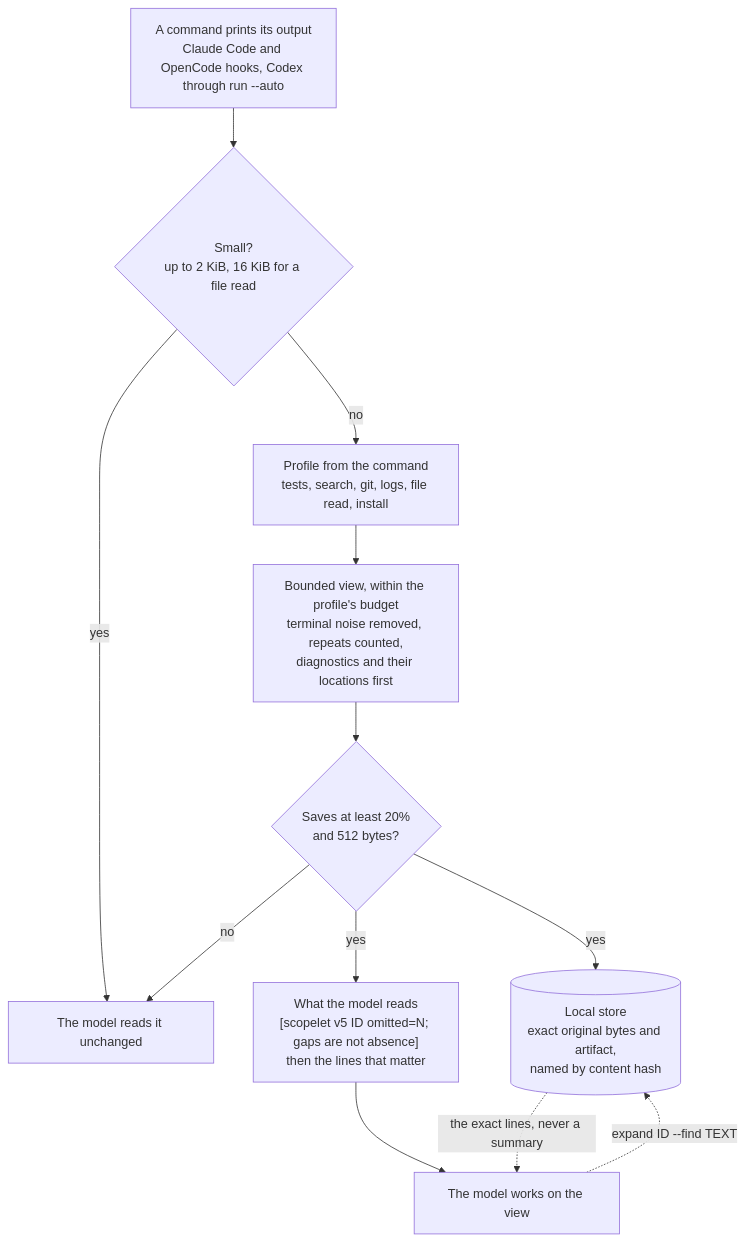
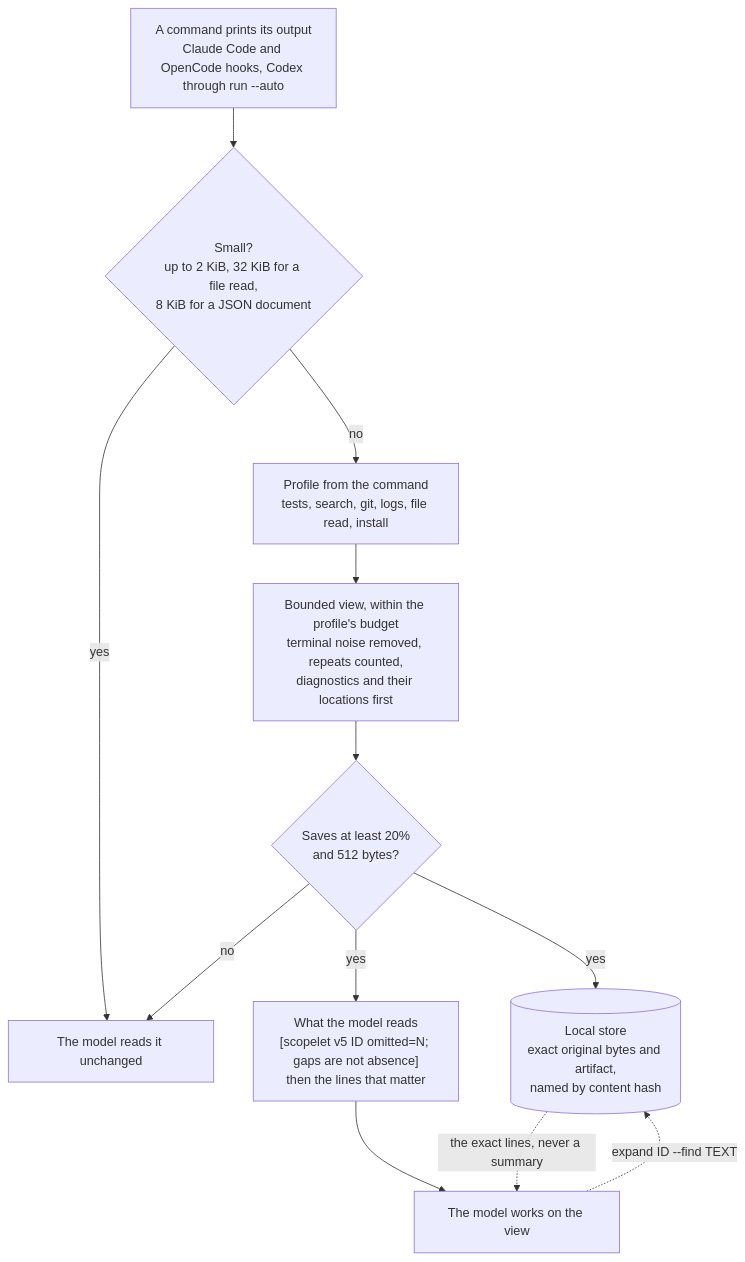
Before and after one commit to maxgfr/scopelet: the diagram in README.md, drawn with Mermaid. The commit also changed other lines of this file and 11 other files, not shown here.

First line of the commit message:
fix: keep moderate source reads and small JSON documents whole (#32)

````diff
--- a/README.md
+++ b/README.md
@@ -133,14 +133,14 @@
 ```mermaid
 flowchart TD
-    A["A command prints its output<br/>Claude Code and OpenCode hooks, Codex through run --auto"] --> B{"Small?<br/>up to 2 KiB, 16 KiB for a file read"}
+    A["A command prints its output<br/>Claude Code and OpenCode hooks, Codex through run --auto"] --> B{"Small?<br/>up to 2 KiB, 32 KiB for a file read,<br/>8 KiB for a JSON document"}
     B -->|yes| M["The model reads it unchanged"]
     B -->|no| C["Profile from the command<br/>tests, search, git, logs, file read, install"]
     C --> D["Bounded view, within the profile's budget<br/>terminal noise removed, repeats counted,<br/>diagnostics and their locations first"]
     D --> E{"Saves at least 20%<br/>and 512 bytes?"}
     E -->|no| M
     E -->|yes| F[("Local store<br/>exact original bytes and artifact,<br/>named by content hash")]
     E -->|yes| V["What the model reads<br/>[scopelet v5 ID omitted=N; gaps are not absence]<br/>then the lines that matter"]
     V --> G["The model works on the view"]
     G -.->|"expand ID --find TEXT"| F
     F -.->|"the exact lines, never a summary"| G
 ```
````
